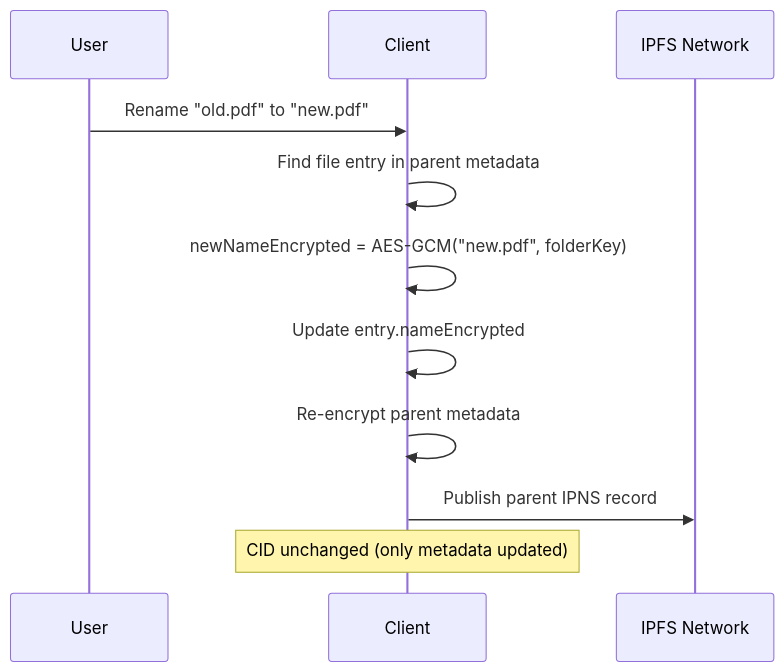
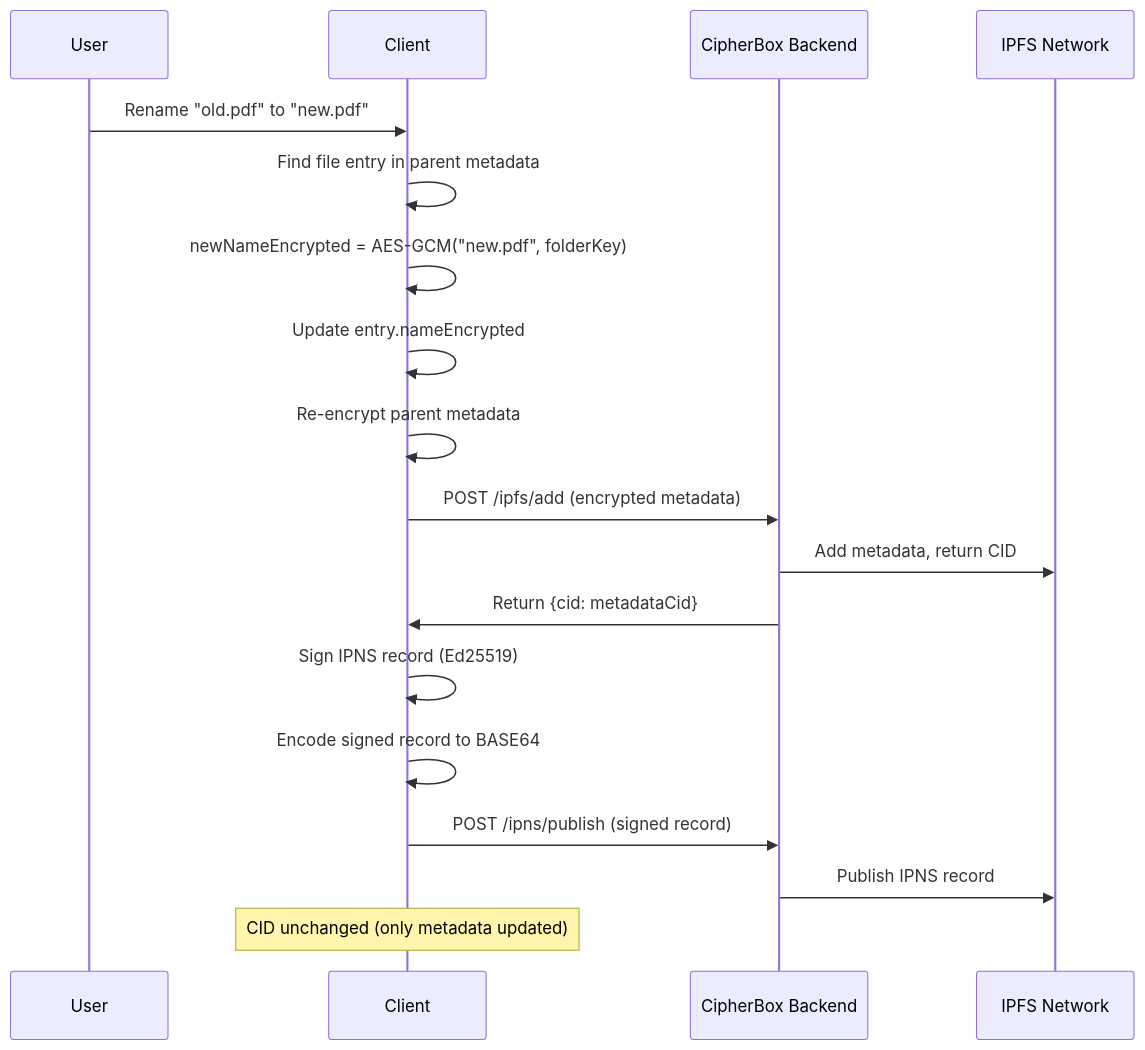
The tenth of 14 diagrams in Documentation/DATA_FLOWS.md (FSM1/cipher-box), drawn with Mermaid before and after one commit. The commit also changed other lines of this file and 8 other files, not shown here.

First line of the commit message:
Add IPFS/IPNS relay endpoint details (#4)

````diff
--- a/Documentation/DATA_FLOWS.md
+++ b/Documentation/DATA_FLOWS.md
@@ -389,16 +412,23 @@
 ```mermaid
 sequenceDiagram
     participant U as User
     participant C as Client
+    participant B as CipherBox Backend
     participant IPFS as IPFS Network
     
     U->>C: Rename "old.pdf" to "new.pdf"
     
     C->>C: Find file entry in parent metadata
     C->>C: newNameEncrypted = AES-GCM("new.pdf", folderKey)
     C->>C: Update entry.nameEncrypted
     C->>C: Re-encrypt parent metadata
-    C->>IPFS: Publish parent IPNS record
+    C->>B: POST /ipfs/add (encrypted metadata)
+    B->>IPFS: Add metadata, return CID
+    B->>C: Return {cid: metadataCid}
+    C->>C: Sign IPNS record (Ed25519)
+    C->>C: Encode signed record to BASE64
+    C->>B: POST /ipns/publish (signed record)
+    B->>IPFS: Publish IPNS record
     
     Note over C: CID unchanged (only metadata updated)
 ```
````
